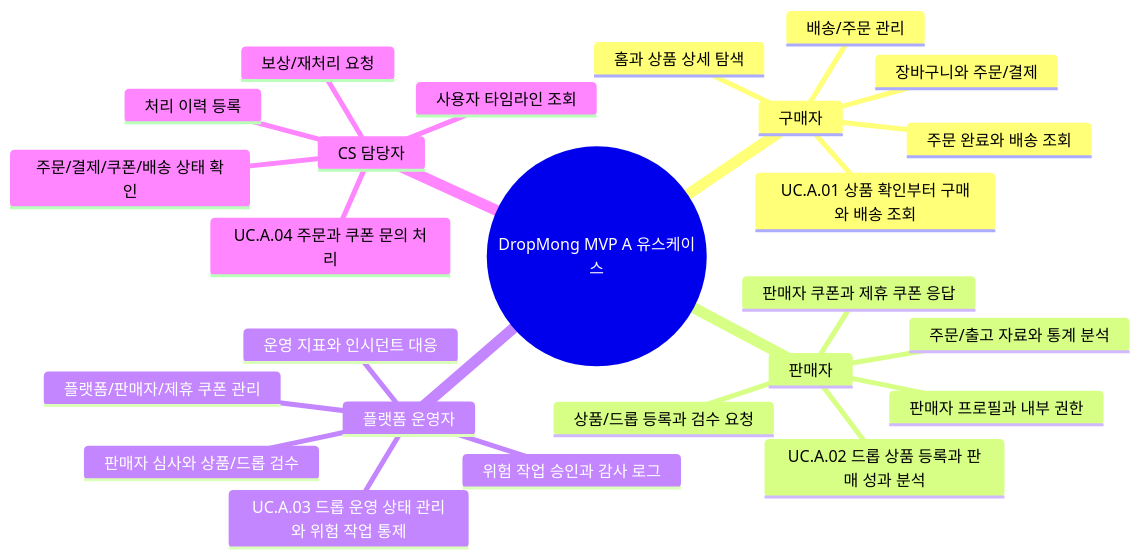
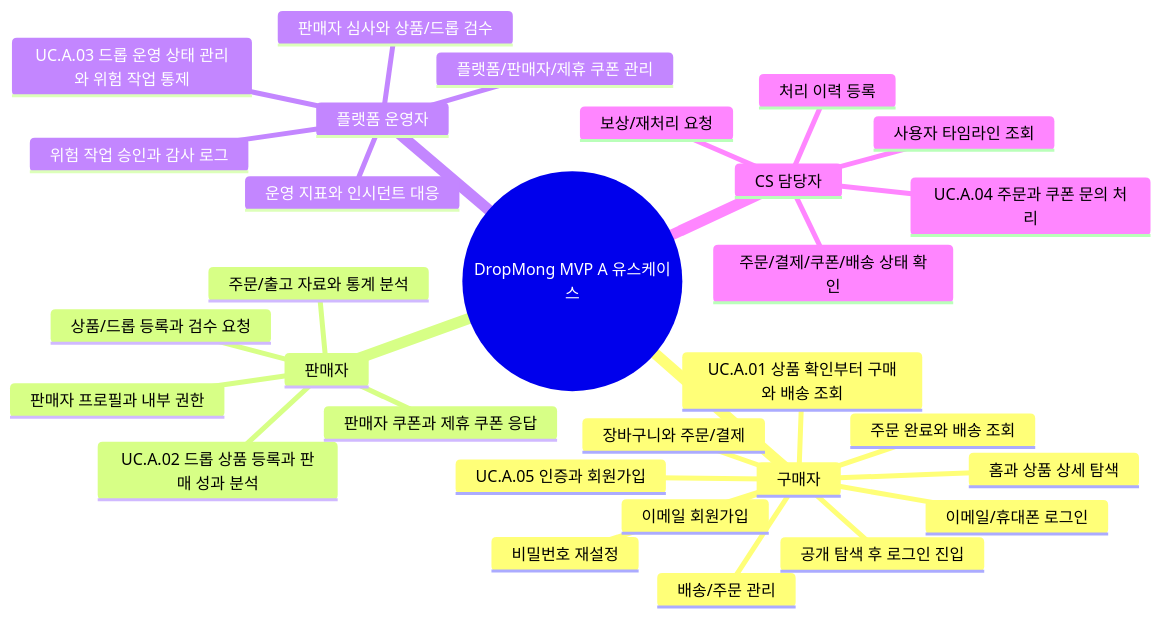
The diagram in blueprint/30-uc/README.md (Medikong/archive), drawn with Mermaid before and after one commit. The commit also changed other lines of this file and 7 other files, not shown here.

````diff
--- a/blueprint/30-uc/README.md
+++ b/blueprint/30-uc/README.md
@@ -24,28 +24,33 @@
 ```mermaid
 mindmap
   root((DropMong MVP A 유스케이스))
     구매자
       UC.A.01 상품 확인부터 구매와 배송 조회
       홈과 상품 상세 탐색
       장바구니와 주문/결제
       주문 완료와 배송 조회
       배송/주문 관리
+      UC.A.05 인증과 회원가입
+      공개 탐색 후 로그인 진입
+      이메일 회원가입
+      이메일/휴대폰 로그인
+      비밀번호 재설정
     판매자
       UC.A.02 드롭 상품 등록과 판매 성과 분석
       판매자 프로필과 내부 권한
       상품/드롭 등록과 검수 요청
       판매자 쿠폰과 제휴 쿠폰 응답
       주문/출고 자료와 통계 분석
     플랫폼 운영자
       UC.A.03 드롭 운영 상태 관리와 위험 작업 통제
       판매자 심사와 상품/드롭 검수
       플랫폼/판매자/제휴 쿠폰 관리
       운영 지표와 인시던트 대응
       위험 작업 승인과 감사 로그
     CS 담당자
       UC.A.04 주문과 쿠폰 문의 처리
       사용자 타임라인 조회
       주문/결제/쿠폰/배송 상태 확인
       보상/재처리 요청
       처리 이력 등록
 ```
````
